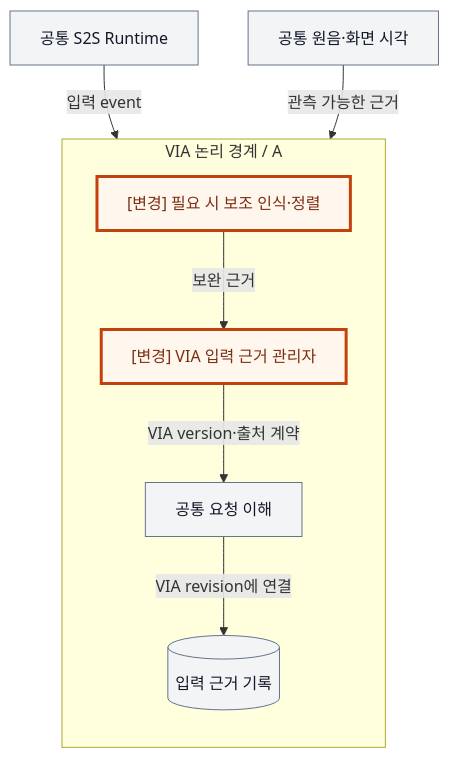
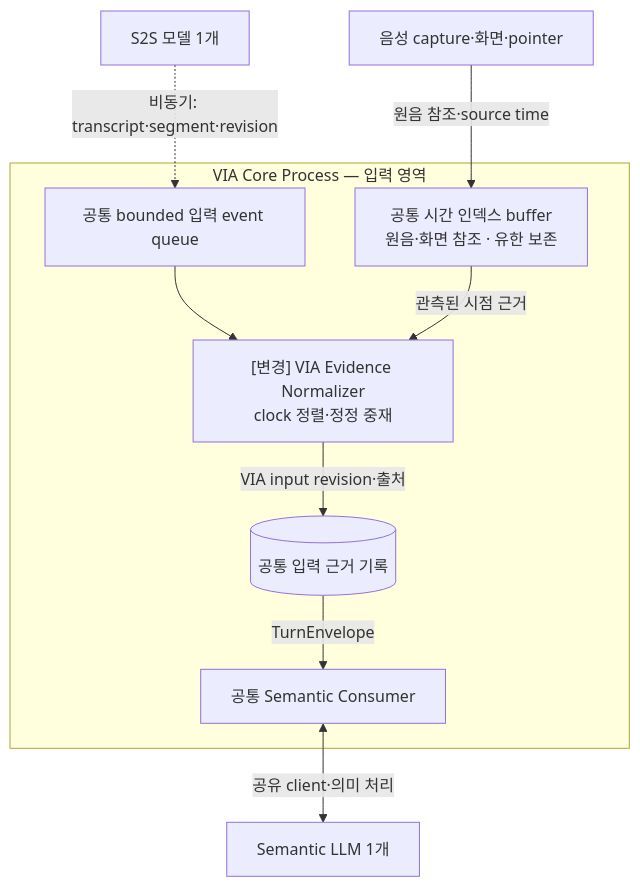
One commit to cbyche/via-sw-architecture changed the second of 4 diagrams in docs/architecture/12-decisions/via-dp-03-voice-evidence.md. Above: the diagram before and after it, drawn with Mermaid. The commit also changed other lines of this file and 59 other files, not shown here.

Commit message:
docs: consolidate comprehensive VIA decision inventory and implementation diagrams

````diff
--- a/docs/architecture/12-decisions/via-dp-03-voice-evidence.md
+++ b/docs/architecture/12-decisions/via-dp-03-voice-evidence.md
@@ -45,16 +53,12 @@
 ```mermaid
 flowchart TB
- S["공통 S2S Runtime"] -->|입력 event| N
- R["공통 원음·화면 시각"] -->|관측 가능한 근거| N
- subgraph V["VIA 논리 경계 / A"]
- direction TB
- H["[변경] 필요 시 보조 인식·정렬"] -->|보완 근거| N["[변경] VIA 입력 근거 관리자"]
- N -->|VIA version·출처 계약| C["공통 요청 이해"]
- C -->|VIA revision에 연결| E[("입력 근거 기록")]
+ S["S2S 모델 1개"] -.->|"비동기: transcript·segment·revision"| Q
+ R["음성 capture·화면·pointer"] -->|"원음 참조·source time"| B
+ subgraph V["VIA Core Process — 입력 영역"]
+ Q["공통 bounded 입력 event queue"] --> N["[변경] VIA Evidence Normalizer<br/>clock 정렬·정정 중재"]
+ B["공통 시간 인덱스 buffer<br/>원음·화면 참조 · 유한 보존"] -->|"관측된 시점 근거"| N
+ N -->|"VIA input revision·출처"| E[("공통 입력 근거 기록")]
+ E -->|"TurnEnvelope"| C["공통 Semantic Consumer"]
  end
-
-classDef common fill:#F3F4F6,stroke:#64748B,color:#111827;
-classDef change fill:#FFF7ED,stroke:#C2410C,stroke-width:3px,color:#7C2D12;
-class S,R,C,E common;
-class H,N change;
+ C <-->|"공유 client·의미 처리"| M["Semantic LLM 1개"]
 ```
````
